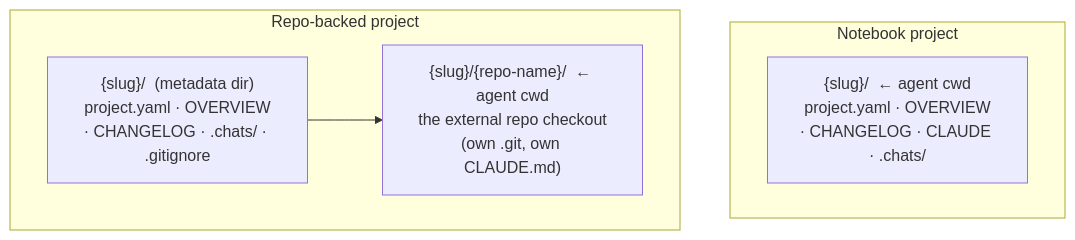
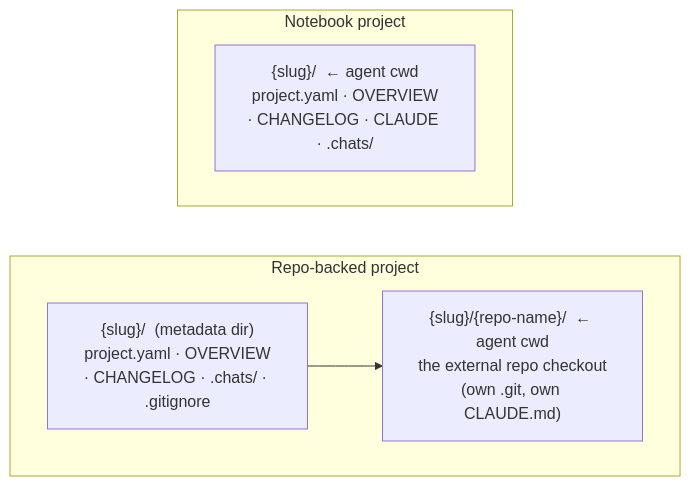
One commit to edspencer/paddock changed the diagram in website/src/content/docs/concepts/projects.md. Above: the diagram before and after it, drawn with Mermaid. The commit also changed 5 other files, not shown here.

First line of the commit message:
fix(website): stop Mermaid diagrams rendering at 3px

````diff
--- a/website/src/content/docs/concepts/projects.md
+++ b/website/src/content/docs/concepts/projects.md
@@ -128,11 +128,15 @@
 ```mermaid
 flowchart TB
   subgraph Notebook["Notebook project"]
     N["{slug}/  ← agent cwd\n project.yaml · OVERVIEW · CHANGELOG · CLAUDE · .chats/"]
   end
   subgraph Repo["Repo-backed project"]
     D["{slug}/  (metadata dir)\n project.yaml · OVERVIEW · CHANGELOG · .chats/ · .gitignore"]
     Ck["{slug}/{repo-name}/  ← agent cwd\n the external repo checkout (own .git, own CLAUDE.md)"]
     D --> Ck
   end
+  %% The two project shapes are unconnected, so mermaid ranks them side by side
+  %% (1071px, scaled 1.6x down). `~~~` is an invisible link that stacks them
+  %% vertically without drawing an edge — 686px, i.e. 1:1 in the column.
+  Notebook ~~~ Repo
 ```
````
